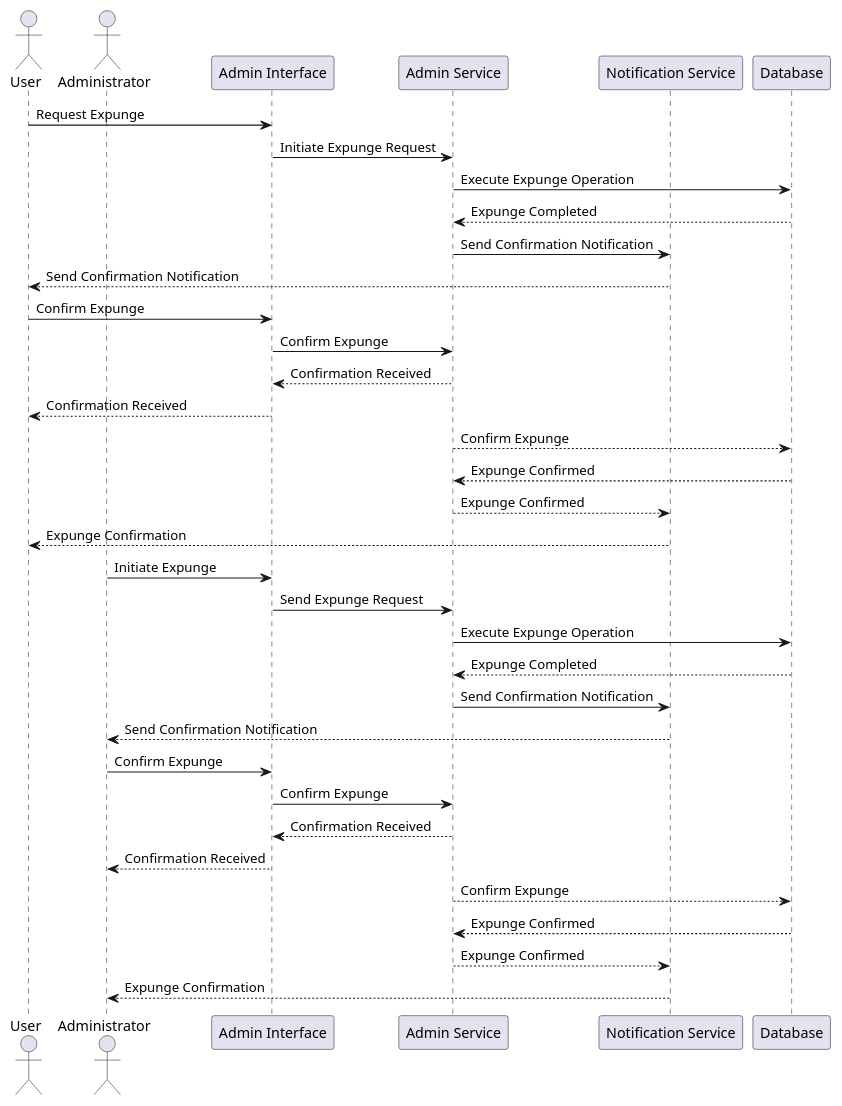
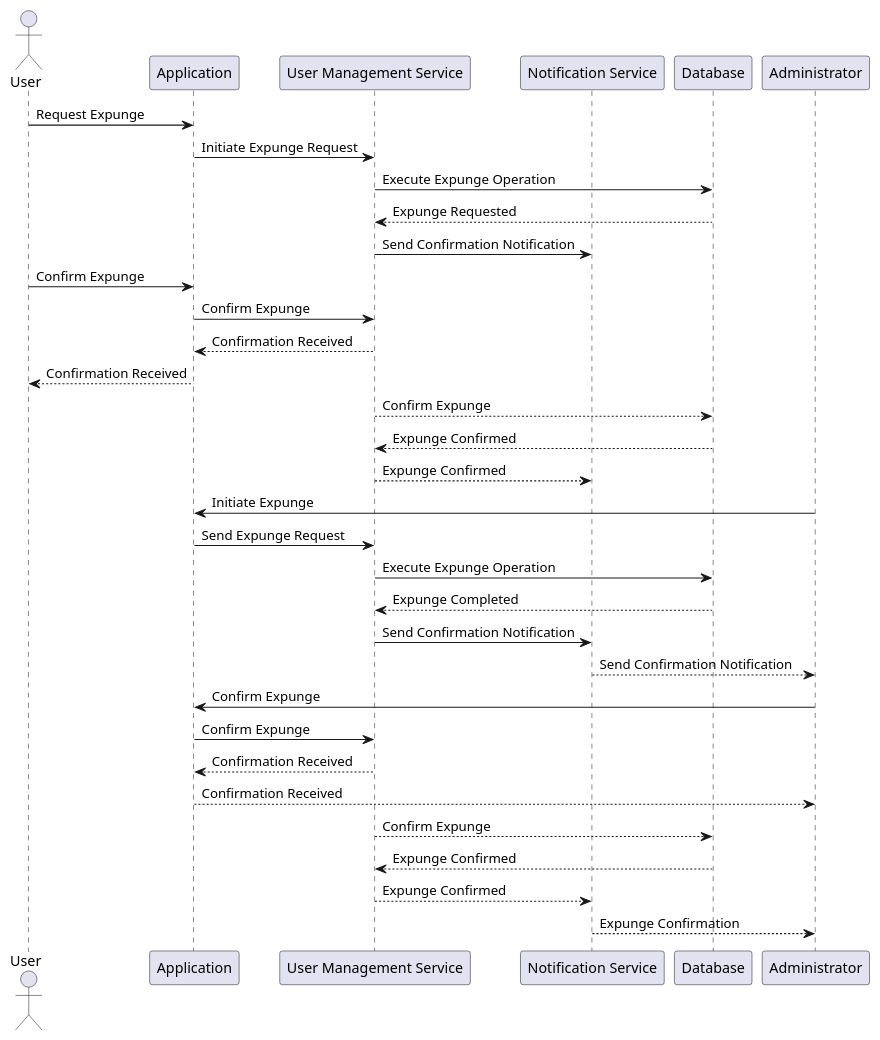
One commit to MadhbhavikaR/Oreilly-kata-mavericks changed the diagram in uml/expunge_user.puml. Above: the diagram before and after it, drawn with PlantUML.

```diff
--- a/uml/expunge_user.puml
+++ b/uml/expunge_user.puml
@@ -1,36 +1,35 @@
 @startuml
 actor User
-actor Administrator
-participant “Admin Interface” as AdminInterface
-participant “Admin Service” as AdminService
+
+participant “Application” as Application
+participant "User Management Service" as USER_MANAGEMENT_SERVICE
 participant “Notification Service” as NotificationService
 participant “Database” as Database
-User -> AdminInterface: Request Expunge
-AdminInterface -> AdminService: Initiate Expunge Request
-AdminService -> Database: Execute Expunge Operation
-Database --> AdminService: Expunge Completed
-AdminService -> NotificationService: Send Confirmation Notification
-NotificationService --> User: Send Confirmation Notification
-User -> AdminInterface: Confirm Expunge
-AdminInterface -> AdminService: Confirm Expunge
-AdminService --> AdminInterface: Confirmation Received
-AdminInterface --> User: Confirmation Received
-AdminService --> Database: Confirm Expunge
-Database --> AdminService: Expunge Confirmed
-AdminService --> NotificationService: Expunge Confirmed
-NotificationService --> User: Expunge Confirmation
-Administrator -> AdminInterface: Initiate Expunge
-AdminInterface -> AdminService: Send Expunge Request
-AdminService -> Database: Execute Expunge Operation
-Database --> AdminService: Expunge Completed
-AdminService -> NotificationService: Send Confirmation Notification
+User -> Application: Request Expunge
+Application -> USER_MANAGEMENT_SERVICE: Initiate Expunge Request
+USER_MANAGEMENT_SERVICE -> Database: Execute Expunge Operation
+Database --> USER_MANAGEMENT_SERVICE: Expunge Requested
+USER_MANAGEMENT_SERVICE -> NotificationService: Send Confirmation Notification
+User -> Application: Confirm Expunge
+Application -> USER_MANAGEMENT_SERVICE: Confirm Expunge
+USER_MANAGEMENT_SERVICE --> Application: Confirmation Received
+Application --> User: Confirmation Received
+USER_MANAGEMENT_SERVICE --> Database: Confirm Expunge
+Database --> USER_MANAGEMENT_SERVICE: Expunge Confirmed
+USER_MANAGEMENT_SERVICE --> NotificationService: Expunge Confirmed
+
+Administrator -> Application: Initiate Expunge
+Application -> USER_MANAGEMENT_SERVICE: Send Expunge Request
+USER_MANAGEMENT_SERVICE -> Database: Execute Expunge Operation
+Database --> USER_MANAGEMENT_SERVICE: Expunge Completed
+USER_MANAGEMENT_SERVICE -> NotificationService: Send Confirmation Notification
 NotificationService --> Administrator: Send Confirmation Notification
-Administrator -> AdminInterface: Confirm Expunge
-AdminInterface -> AdminService: Confirm Expunge
-AdminService --> AdminInterface: Confirmation Received
-AdminInterface --> Administrator: Confirmation Received
-AdminService --> Database: Confirm Expunge
-Database --> AdminService: Expunge Confirmed
-AdminService --> NotificationService: Expunge Confirmed
+Administrator -> Application: Confirm Expunge
+Application -> USER_MANAGEMENT_SERVICE: Confirm Expunge
+USER_MANAGEMENT_SERVICE --> Application: Confirmation Received
+Application --> Administrator: Confirmation Received
+USER_MANAGEMENT_SERVICE --> Database: Confirm Expunge
+Database --> USER_MANAGEMENT_SERVICE: Expunge Confirmed
+USER_MANAGEMENT_SERVICE --> NotificationService: Expunge Confirmed
 NotificationService --> Administrator: Expunge Confirmation
 @enduml
```
